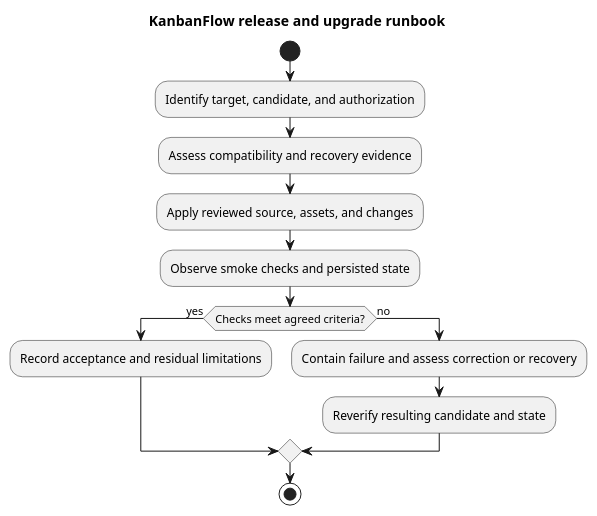
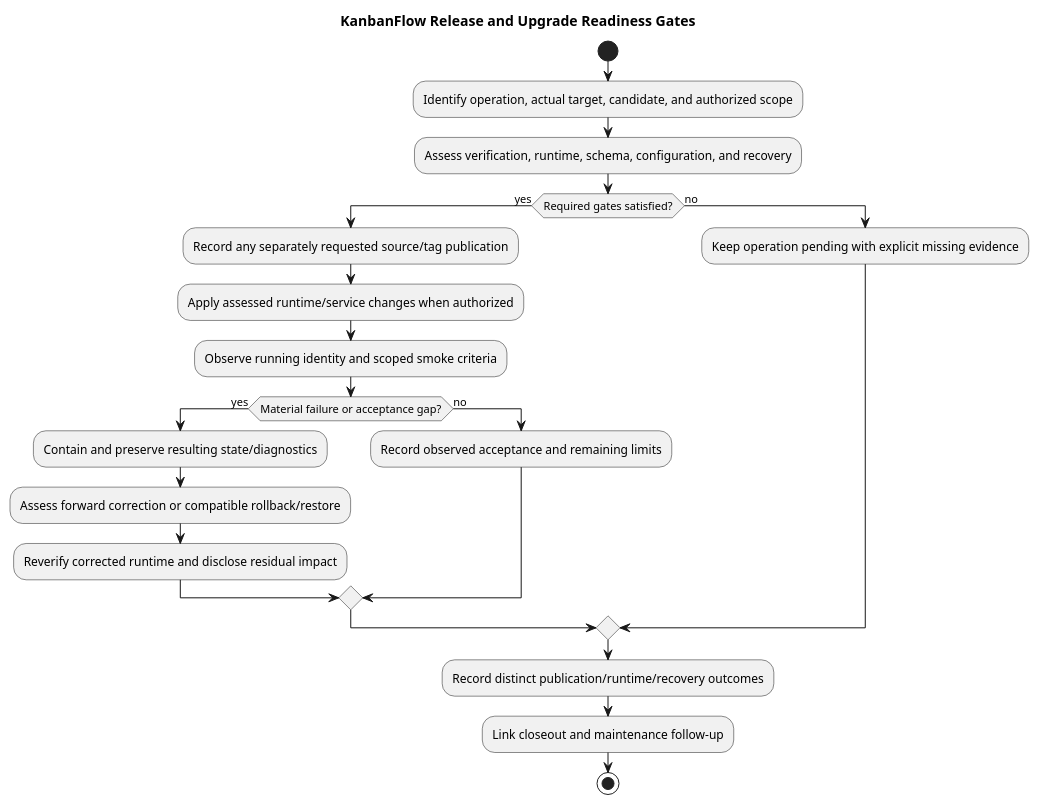
One commit to Farhad-Valizadegan/Web-KanbanFlow changed the diagram in docs/SDLC/07-deployment/release-and-upgrade-runbook.md. Above: the diagram before and after it, drawn with PlantUML. The commit also changed other lines of this file and 2 other files, not shown here.

Commit message:
docs: complete release upgrade readiness and closeout runbook

````diff
--- a/docs/SDLC/07-deployment/release-and-upgrade-runbook.md
+++ b/docs/SDLC/07-deployment/release-and-upgrade-runbook.md
@@ -41,17 +124,25 @@
 ```plantuml
 @startuml
-title KanbanFlow release and upgrade runbook
+title KanbanFlow Release and Upgrade Readiness Gates
 start
-:Identify target, candidate, and authorization;
-:Assess compatibility and recovery evidence;
-:Apply reviewed source, assets, and changes;
-:Observe smoke checks and persisted state;
-if (Checks meet agreed criteria?) then (yes)
-:Record acceptance and residual limitations;
+:Identify operation, actual target, candidate, and authorized scope;
+:Assess verification, runtime, schema, configuration, and recovery;
+if (Required gates satisfied?) then (yes)
+ :Record any separately requested source/tag publication;
+ :Apply assessed runtime/service changes when authorized;
+ :Observe running identity and scoped smoke criteria;
+ if (Material failure or acceptance gap?) then (yes)
+  :Contain and preserve resulting state/diagnostics;
+  :Assess forward correction or compatible rollback/restore;
+  :Reverify corrected runtime and disclose residual impact;
+ else (no)
+  :Record observed acceptance and remaining limits;
+ endif
 else (no)
-:Contain failure and assess correction or recovery;
-:Reverify resulting candidate and state;
+ :Keep operation pending with explicit missing evidence;
 endif
+:Record distinct publication/runtime/recovery outcomes;
+:Link closeout and maintenance follow-up;
 stop
 @enduml
 ```
````
